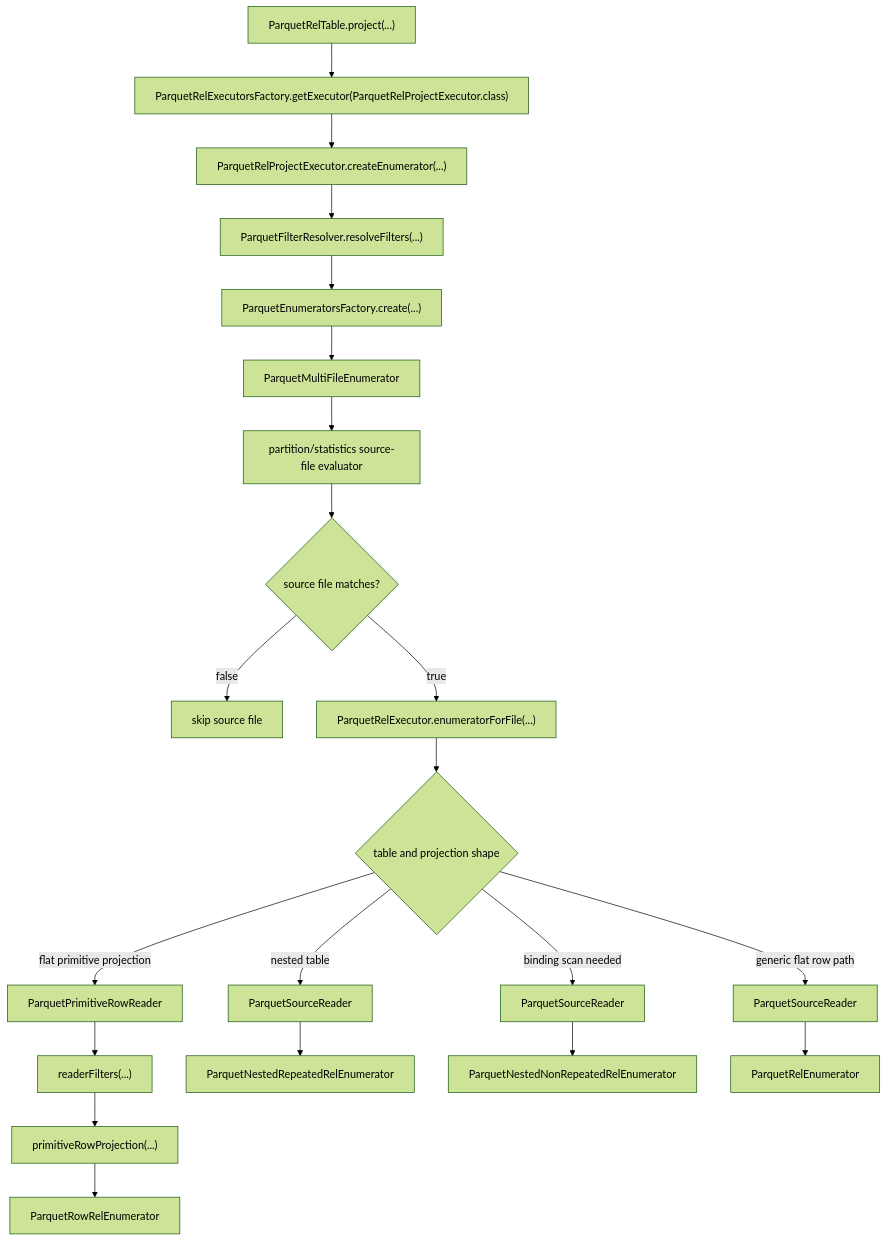
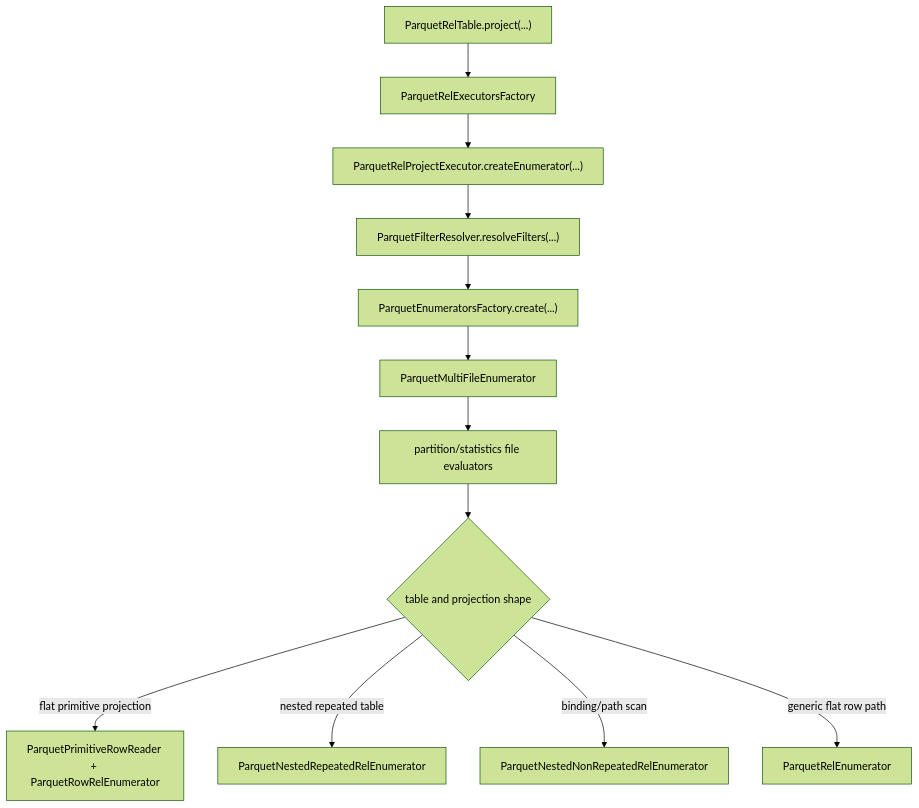
Before and after one commit to polypheny/Polypheny-DB: the fourth of 6 diagrams in plugins/parquet-adapter/docs/rel_execution_flows.md, drawn with Mermaid (forest theme). The commit also changed other lines of this file and 18 other files, not shown here.

````diff
--- a/plugins/parquet-adapter/docs/rel_execution_flows.md
+++ b/plugins/parquet-adapter/docs/rel_execution_flows.md
@@ -147,38 +95,22 @@
 ```mermaid
 flowchart TD
     entry["ParquetRelTable.project(...)"]
-    factory["ParquetRelExecutorsFactory.getExecutor(ParquetRelProjectExecutor.class)"]
+    factory["ParquetRelExecutorsFactory"]
     executor["ParquetRelProjectExecutor.createEnumerator(...)"]
     resolveFilters["ParquetFilterResolver.resolveFilters(...)"]
     enumeratorsFactory["ParquetEnumeratorsFactory.create(...)"]
     multiFile["ParquetMultiFileEnumerator"]
-    fileEvaluator["partition/statistics source-file evaluator"]
-    fileMatches{"source file matches?"}
-    skip["skip source file"]
-    enumForFile["ParquetRelExecutor.enumeratorForFile(...)"]
+    fileEval["partition/statistics file evaluators"]
     shape{"table and projection shape"}
-
-    primitiveReader["ParquetPrimitiveRowReader"]
-    readerFilters["readerFilters(...)"]
-    outputProjection["primitiveRowProjection(...)"]
-    primitiveEnumerator["ParquetRowRelEnumerator"]
-
-    sourceReaderNested["ParquetSourceReader"]
+    primitive["ParquetPrimitiveRowReader + ParquetRowRelEnumerator"]
     nestedRepeated["ParquetNestedRepeatedRelEnumerator"]
-
-    sourceReaderBinding["ParquetSourceReader"]
     nestedNonRepeated["ParquetNestedNonRepeatedRelEnumerator"]
-
-    sourceReaderGeneric["ParquetSourceReader"]
-    relationalEnumerator["ParquetRelEnumerator"]
+    generic["ParquetRelEnumerator"]
 
     entry --> factory --> executor --> resolveFilters --> enumeratorsFactory --> multiFile
-    multiFile --> fileEvaluator --> fileMatches
-    fileMatches -->|"false"| skip
-    fileMatches -->|"true"| enumForFile --> shape
-
-    shape -->|"flat primitive projection"| primitiveReader --> readerFilters --> outputProjection --> primitiveEnumerator
-    shape -->|"nested table"| sourceReaderNested --> nestedRepeated
-    shape -->|"binding scan needed"| sourceReaderBinding --> nestedNonRepeated
-    shape -->|"generic flat row path"| sourceReaderGeneric --> relationalEnumerator
+    multiFile --> fileEval --> shape
+    shape -->|"flat primitive projection"| primitive
+    shape -->|"nested repeated table"| nestedRepeated
+    shape -->|"binding/path scan"| nestedNonRepeated
+    shape -->|"generic flat row path"| generic
 ```
````
